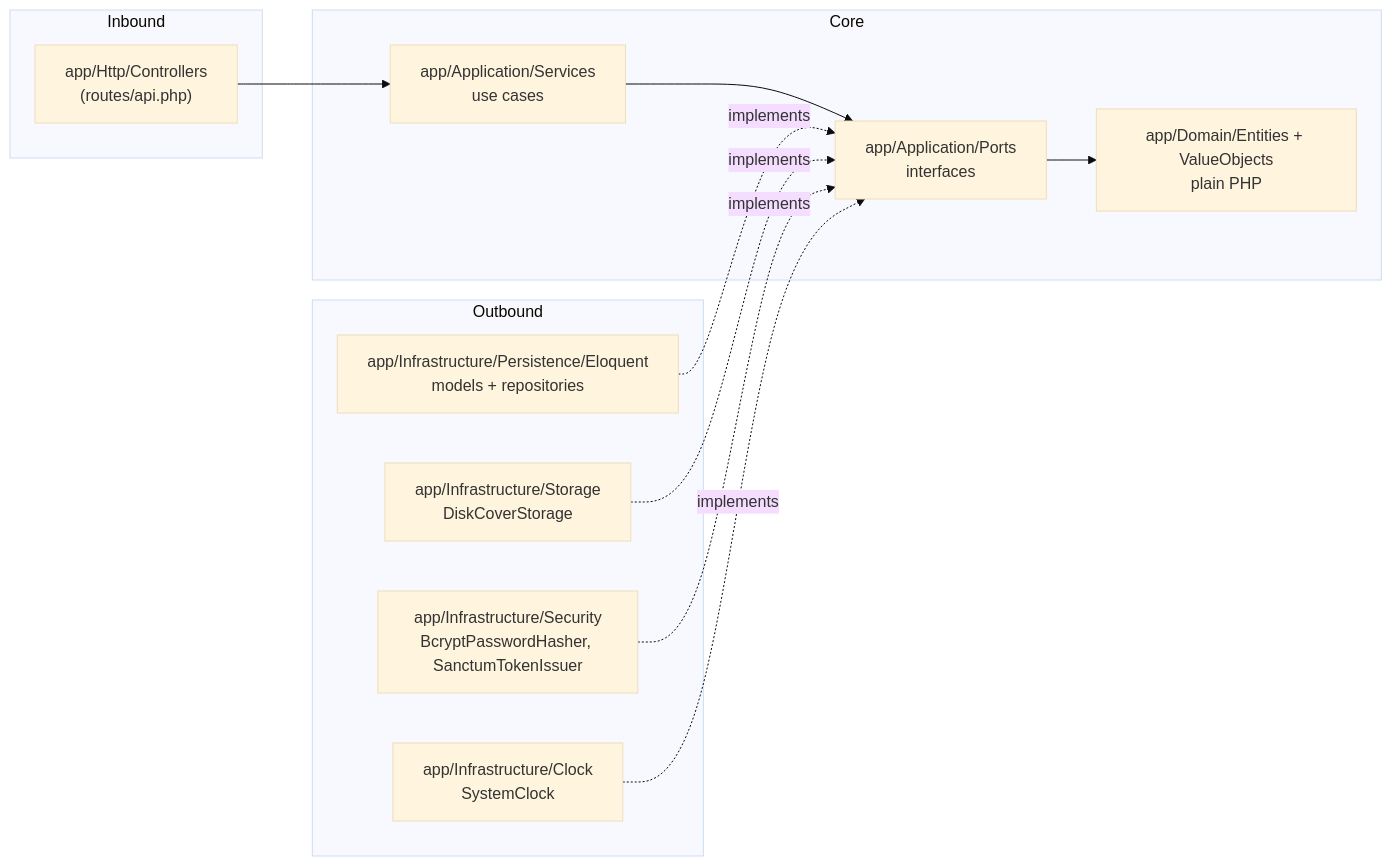
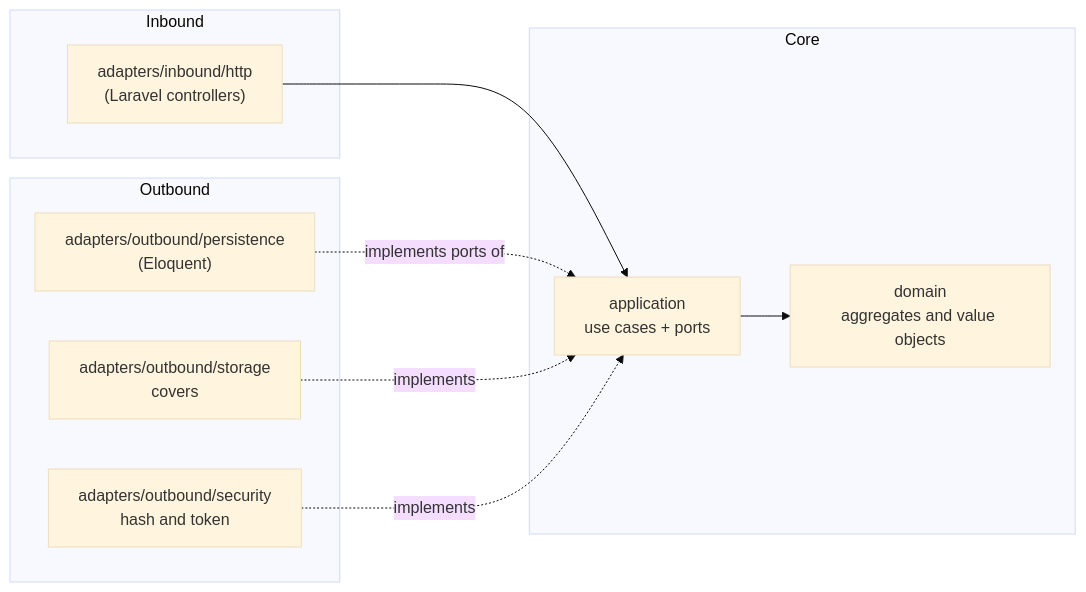
The first of 2 diagrams in spec-php/architecture.md (thiagxrg/test-manager-library-3145556-docs), drawn with Mermaid (base theme) before and after one commit. The commit also changed other lines of this file, not shown here.

First line of the commit message:
docs(spec-php): fix architecture.md folder structure to match the real one

````diff
--- a/spec-php/architecture.md
+++ b/spec-php/architecture.md
@@ -8,22 +8,19 @@
 ```mermaid
 flowchart LR
     subgraph Inbound
-      HTTP["app/Http/Controllers<br/>(routes/api.php)"]
+      HTTP["adapters/inbound/http<br/>(Laravel controllers)"]
     end
     subgraph Core
-      SVC["app/Application/Services<br/>use cases"]
-      PORT["app/Application/Ports<br/>interfaces"]
-      DOM["app/Domain/Entities + ValueObjects<br/>plain PHP"]
+      APP["application<br/>use cases + ports"]
+      DOM["domain<br/>aggregates and value objects"]
     end
     subgraph Outbound
-      ELO["app/Infrastructure/Persistence/Eloquent<br/>models + repositories"]
-      STO["app/Infrastructure/Storage<br/>DiskCoverStorage"]
-      SEC["app/Infrastructure/Security<br/>BcryptPasswordHasher, SanctumTokenIssuer"]
-      CLK["app/Infrastructure/Clock<br/>SystemClock"]
+      DB["adapters/outbound/persistence<br/>(Eloquent)"]
+      STO["adapters/outbound/storage<br/>covers"]
+      SEC["adapters/outbound/security<br/>hash and token"]
     end
-    HTTP --> SVC --> PORT --> DOM
-    ELO -.implements.-> PORT
-    STO -.implements.-> PORT
-    SEC -.implements.-> PORT
-    CLK -.implements.-> PORT
+    HTTP --> APP --> DOM
+    DB -. implements ports of .-> APP
+    STO -. implements .-> APP
+    SEC -. implements .-> APP
 ```
````
